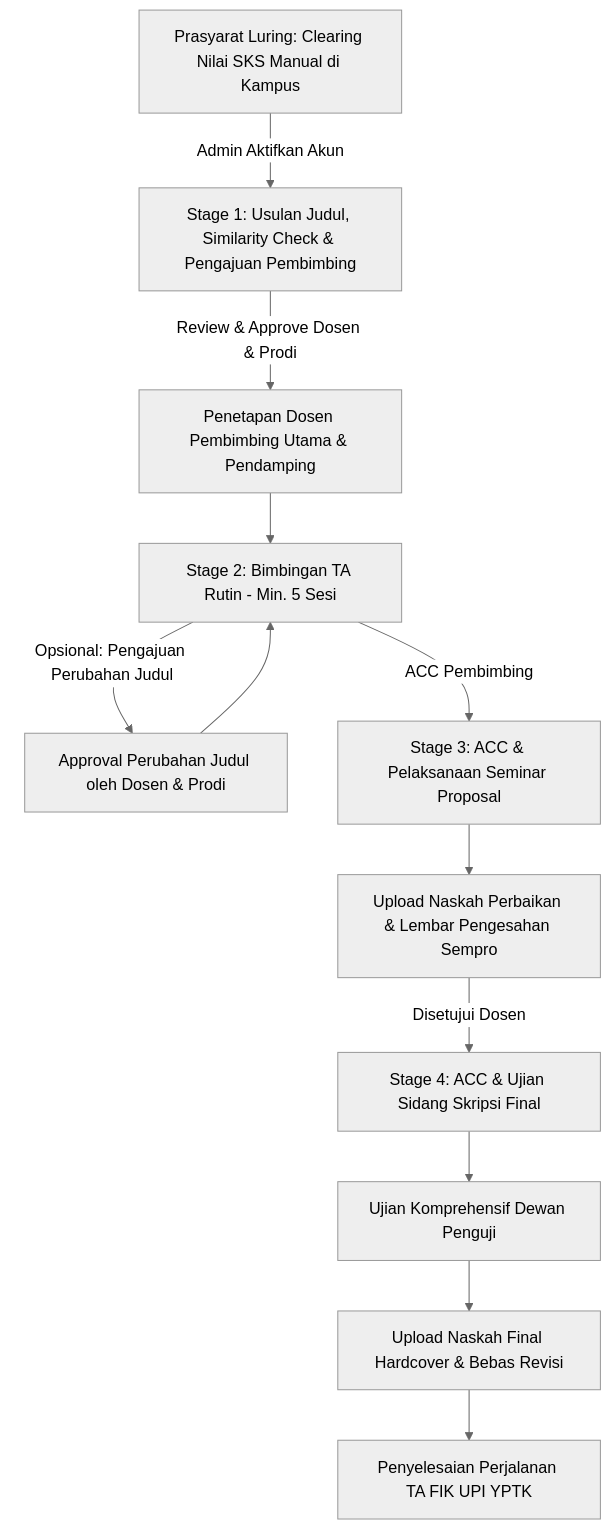
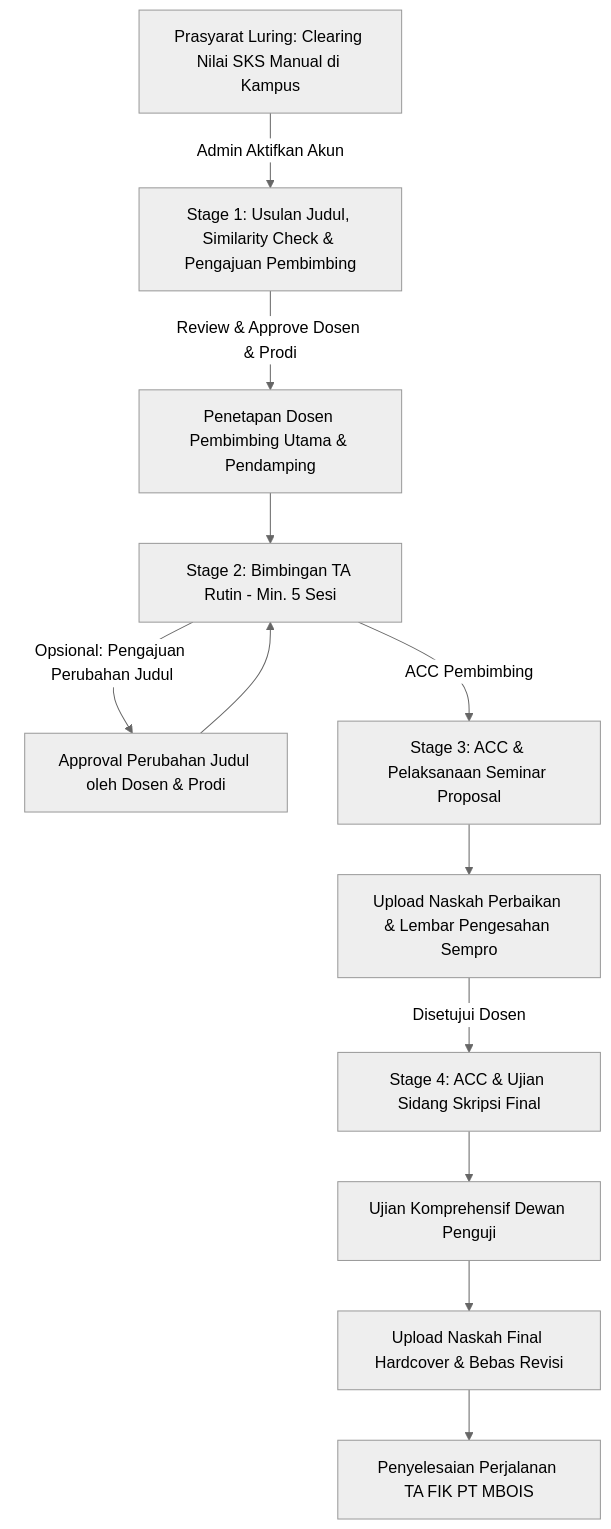
The first of 5 diagrams in docs/WORKFLOWS.md (DanuZen/isi-final-project), drawn with Mermaid (neutral theme) before and after one commit. The commit also changed other lines of this file and 12 other files, not shown here.

````diff
--- a/docs/WORKFLOWS.md
+++ b/docs/WORKFLOWS.md
@@ -9,14 +9,14 @@
 ```mermaid
 flowchart TD
     A[Prasyarat Luring: Clearing Nilai SKS Manual di Kampus] -->|Admin Aktifkan Akun| B[Stage 1: Usulan Judul, Similarity Check & Pengajuan Pembimbing]
     B -->|Review & Approve Dosen & Prodi| C[Penetapan Dosen Pembimbing Utama & Pendamping]
     C --> D[Stage 2: Bimbingan TA Rutin - Min. 5 Sesi]
     D -->|Opsional: Pengajuan Perubahan Judul| E[Approval Perubahan Judul oleh Dosen & Prodi]
     E --> D
     D -->|ACC Pembimbing| F[Stage 3: ACC & Pelaksanaan Seminar Proposal]
     F --> G[Upload Naskah Perbaikan & Lembar Pengesahan Sempro]
     G -->|Disetujui Dosen| H[Stage 4: ACC & Ujian Sidang Skripsi Final]
     H --> I[Ujian Komprehensif Dewan Penguji]
     I --> J[Upload Naskah Final Hardcover & Bebas Revisi]
-    J --> K[Penyelesaian Perjalanan TA FIK UPI YPTK]
+    J --> K[Penyelesaian Perjalanan TA FIK PT MBOIS]
 ```
````
